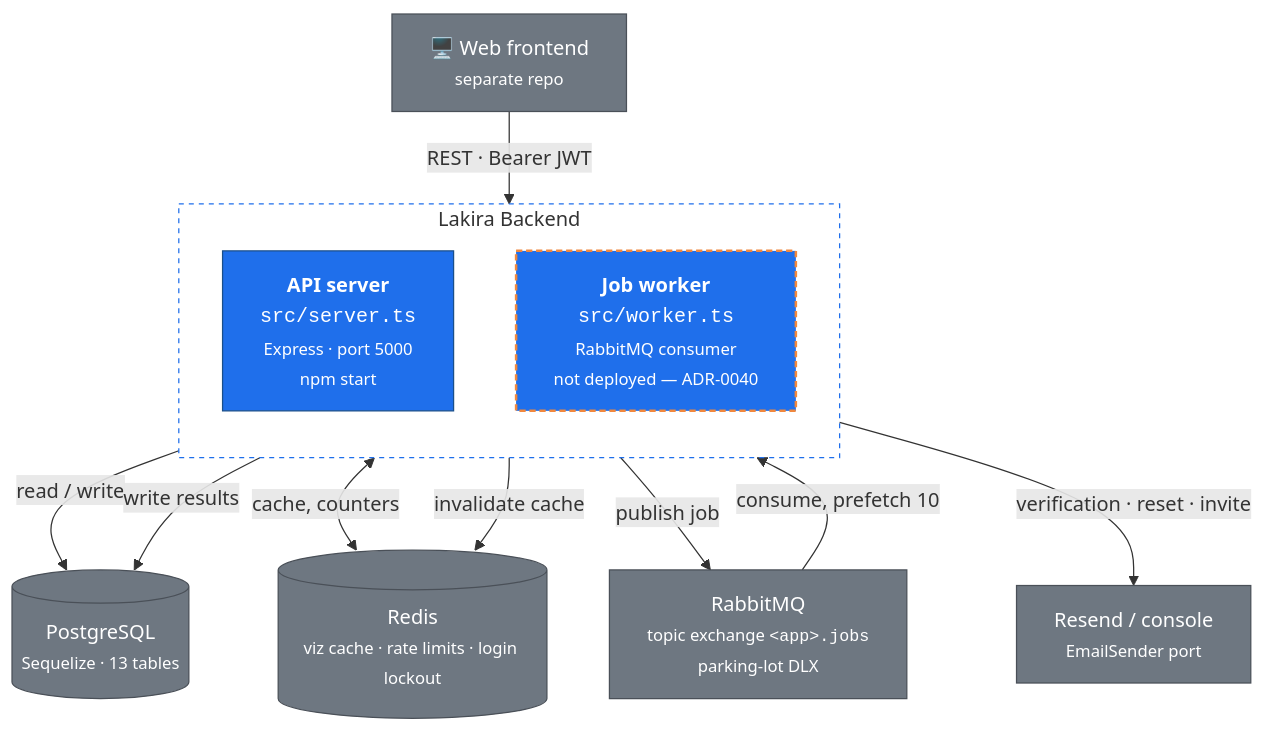
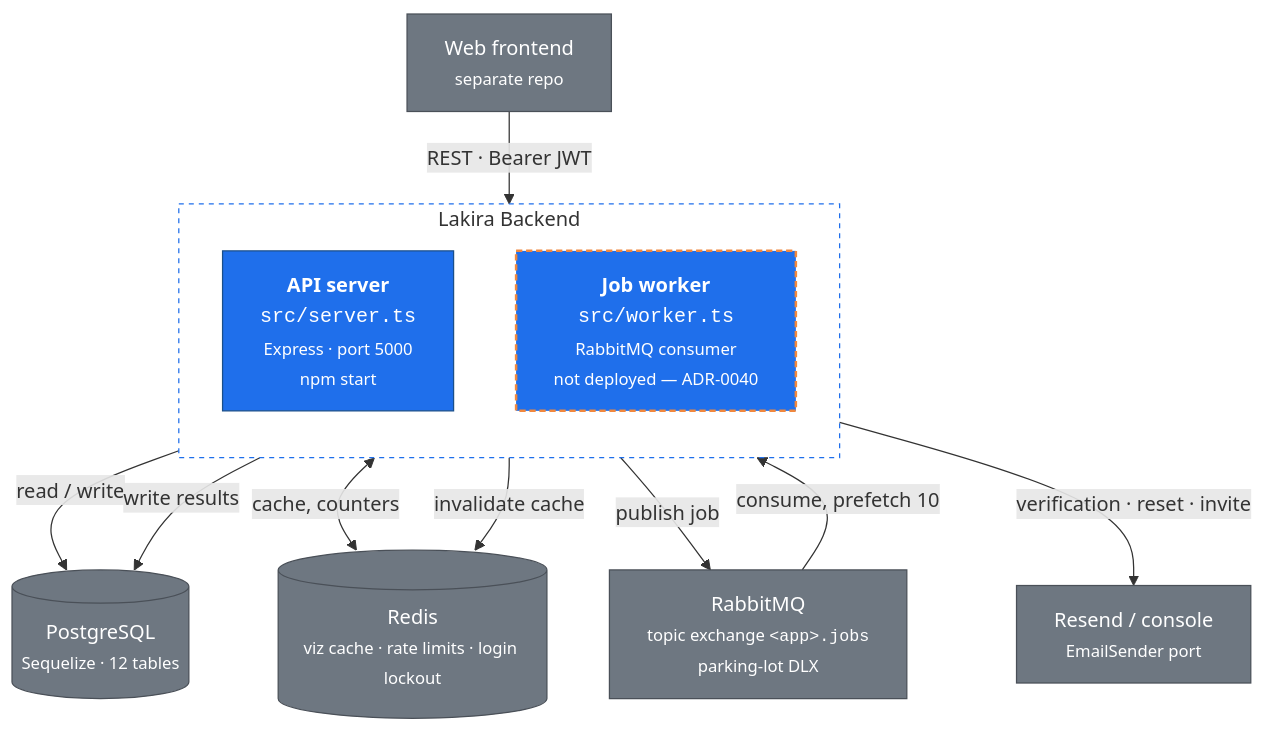
The first of 2 diagrams in docs/explanation/architecture/c4-containers.md (dimaszisby/lakira-backend), drawn with Mermaid before and after one commit. The commit also changed other lines of this file and 165 other files, not shown here.

````diff
--- a/docs/explanation/architecture/c4-containers.md
+++ b/docs/explanation/architecture/c4-containers.md
@@ -13,34 +14,34 @@
 ```mermaid
 graph TB
-    web["🖥️ Web frontend<br/><small>separate repo</small>"]
+    web["Web frontend<br/><small>separate repo</small>"]
 
     subgraph sys ["Lakira Backend"]
         direction TB
         api["<b>API server</b><br/><code>src/server.ts</code><br/><small>Express · port 5000<br/>npm start</small>"]
         worker["<b>Job worker</b><br/><code>src/worker.ts</code><br/><small>RabbitMQ consumer<br/>not deployed — ADR-0040</small>"]
     end
 
-    pg[("PostgreSQL<br/><small>Sequelize · 13 tables</small>")]
+    pg[("PostgreSQL<br/><small>Sequelize · 12 tables</small>")]
     redis[("Redis<br/><small>viz cache · rate limits · login lockout</small>")]
     mq["RabbitMQ<br/><small>topic exchange <code>&lt;app&gt;.jobs</code><br/>parking-lot DLX</small>"]
     mail["Resend / console<br/><small>EmailSender port</small>"]
 
     web -->|"REST · Bearer JWT"| api
 
     api -->|"read / write"| pg
     api <-->|"cache, counters"| redis
     api -->|"publish job"| mq
     api -->|"verification · reset · invite"| mail
 
     mq -->|"consume, prefetch 10"| worker
     worker -->|"write results"| pg
     worker -->|"invalidate cache"| redis
 
     classDef proc fill:#1f6feb,stroke:#1a4f8a,color:#fff
     classDef undeployed fill:#1f6feb,stroke:#f0883e,stroke-width:2px,stroke-dasharray:5 3,color:#fff
     classDef store fill:#6e7781,stroke:#4a5058,color:#fff
     class api proc
     class worker undeployed
     class pg,redis,mq,mail,web store
     style sys fill:none,stroke:#1f6feb,stroke-dasharray:4 4
 ```
````
